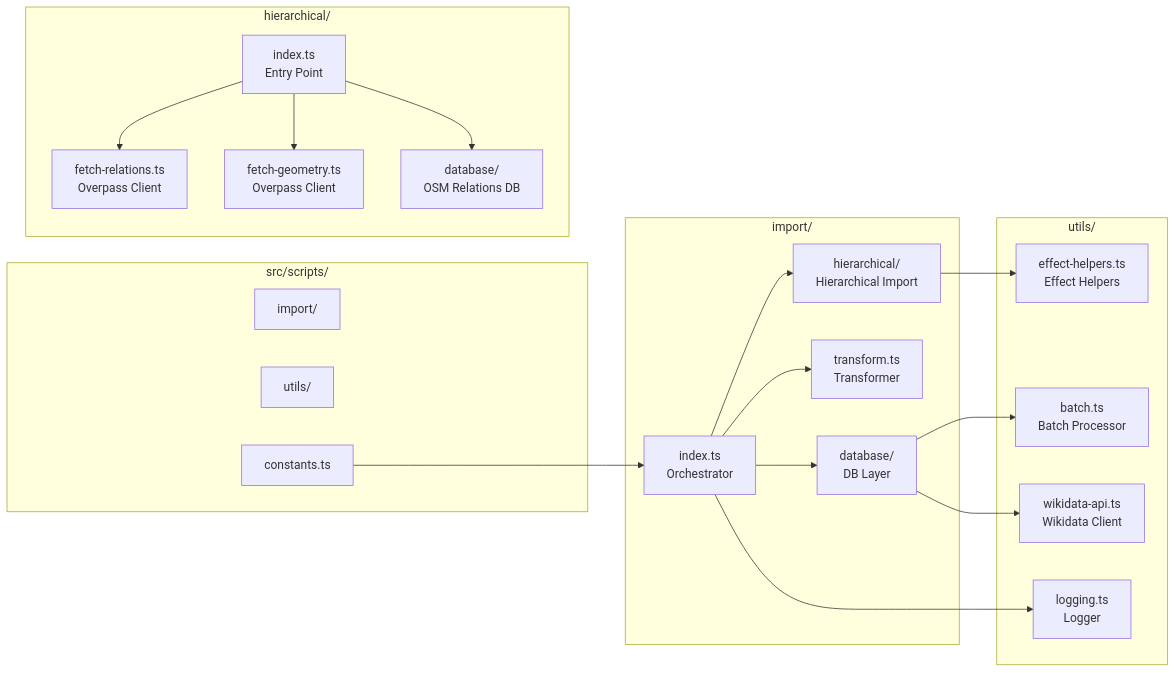
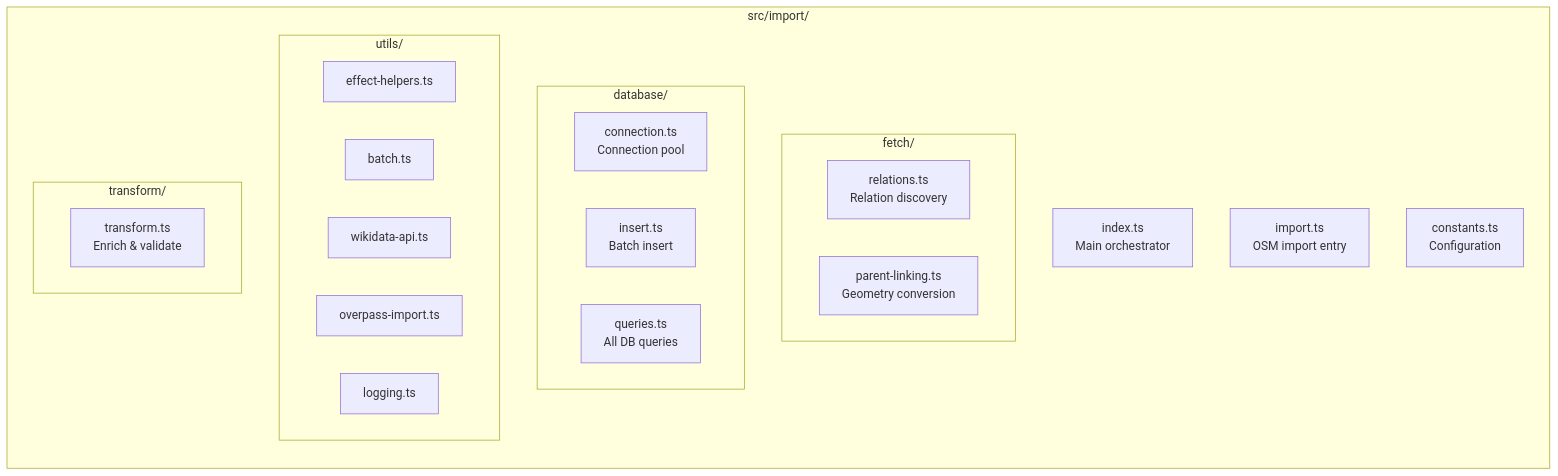
Before and after one commit to DaxServer/geocode-commons-categories: the fourth of 6 diagrams in docs/import/architecture.md, drawn with Mermaid. The commit also changed other lines of this file and 11 other files, not shown here.

````diff
--- a/docs/import/architecture.md
+++ b/docs/import/architecture.md
@@ -120,42 +205,32 @@
 ```mermaid
 graph LR
-    subgraph "src/scripts/"
-        IMPORT[import/]
-        UTILS[utils/]
-        CONST[constants.ts]
+    subgraph "src/import/"
+        INDEX[index.ts<br/>Main orchestrator]
+        IMPORT[import.ts<br/>OSM import entry]
+        CONSTANTS[constants.ts<br/>Configuration]
+
+        subgraph "fetch/"
+            REL[relations.ts<br/>Relation discovery]
+            GEOM[geometry.ts<br/>Geometry fetch]
+        end
+
+        subgraph "database/"
+            CONN[connection.ts<br/>Connection pool]
+            INSERT[insert.ts<br/>Batch insert]
+            QUERIES[queries.ts<br/>All DB queries]
+        end
+
+        subgraph "utils/"
+            EFFECT[effect-helpers.ts]
+            BATCH[batch.ts]
+            WD_API[wikidata-api.ts]
+            OVER[overpass-import.ts]
+            LOG[logging.ts]
+        end
+
+        subgraph "transform/"
+            TRANSFORM[transform.ts<br/>Enrich & validate]
+            GEOM[parent-linking.ts<br/>Geometry conversion]
+        end
     end
-
-    subgraph "import/"
-        INDEX[index.ts<br/>Orchestrator]
-        HIER[hierarchical/<br/>Hierarchical Import]
-        TRANSFORM[transform.ts<br/>Transformer]
-        DB_DIR[database/<br/>DB Layer]
-    end
-
-    subgraph "hierarchical/"
-        H_INDEX[index.ts<br/>Entry Point]
-        FETCH_REL[fetch-relations.ts<br/>Overpass Client]
-        FETCH_GEOM[fetch-geometry.ts<br/>Overpass Client]
-        H_DB[database/<br/>OSM Relations DB]
-    end
-
-    subgraph "utils/"
-        EFFECT[effect-helpers.ts<br/>Effect Helpers]
-        BATCH[batch.ts<br/>Batch Processor]
-        WD_API[wikidata-api.ts<br/>Wikidata Client]
-        LOG[logging.ts<br/>Logger]
-    end
-
-    CONST --> INDEX
-    INDEX --> HIER
-    INDEX --> TRANSFORM
-    INDEX --> DB_DIR
-    HIER --> EFFECT
-    DB_DIR --> WD_API
-    DB_DIR --> BATCH
-    INDEX --> LOG
-
-    H_INDEX --> FETCH_REL
-    H_INDEX --> FETCH_GEOM
-    H_INDEX --> H_DB
 ```
````
